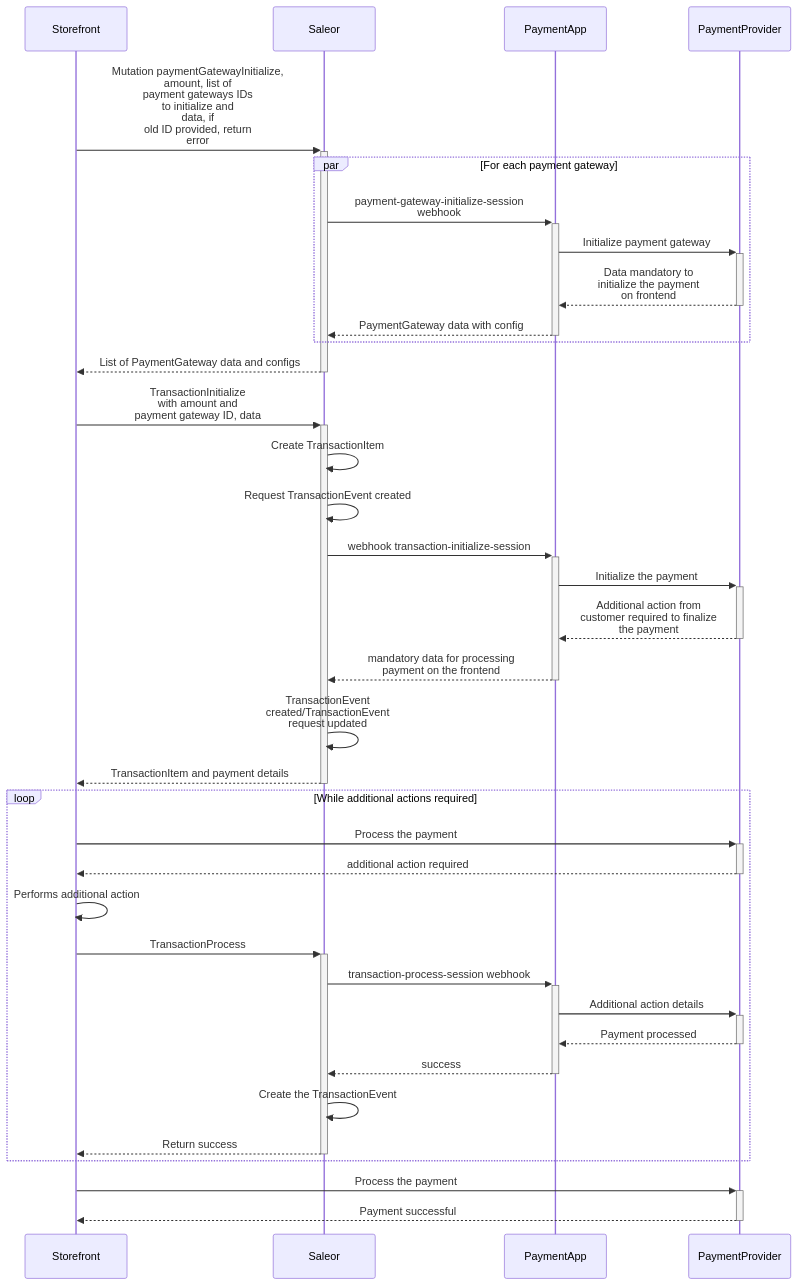
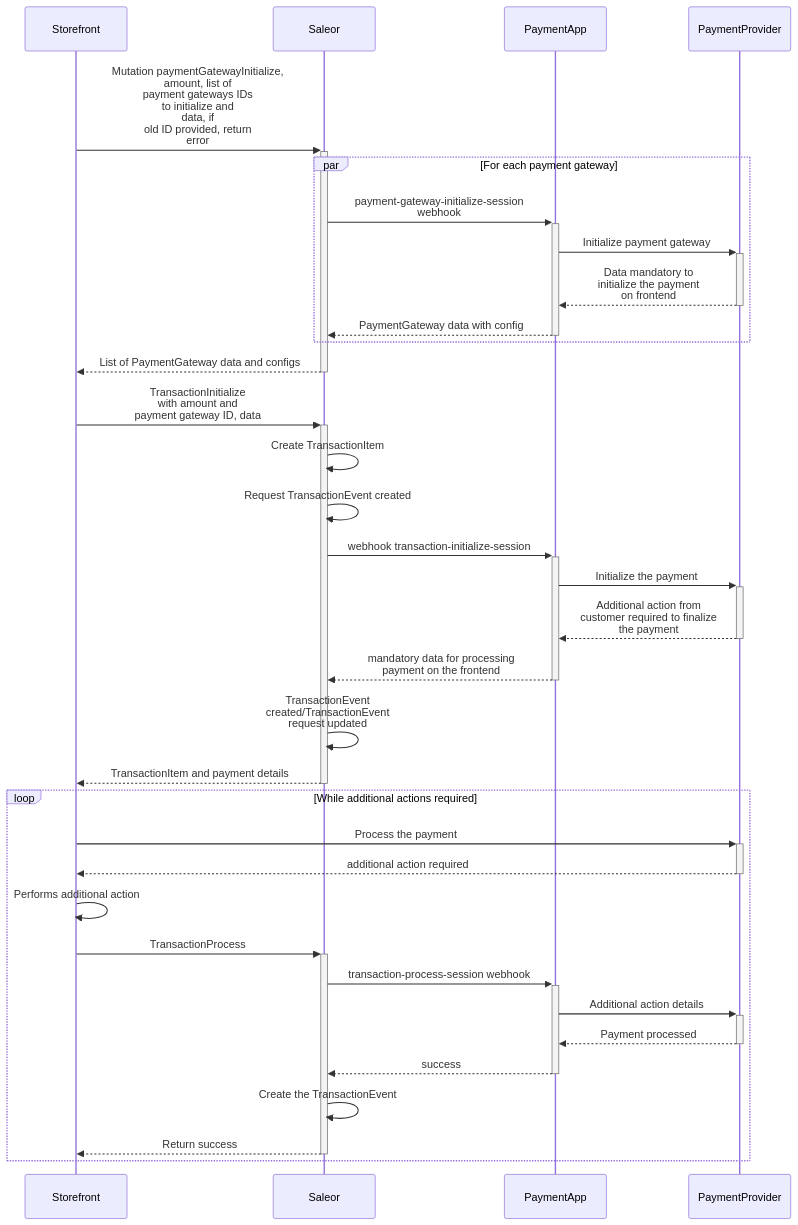
One commit to saleor/saleor-docs changed the diagram in docs/developer/payments/payment-apps.mdx. Above: the diagram before and after it, drawn with Mermaid.

Commit message:
Fix mermaid diagram step that didn't made sense

````diff
--- a/docs/developer/payments/payment-apps.mdx
+++ b/docs/developer/payments/payment-apps.mdx
@@ -24,34 +24,32 @@
 ```mermaid
 sequenceDiagram
   Storefront ->>+ Saleor: Mutation paymentGatewayInitialize,<br>amount, list of<br>payment gateways IDs<br>to initialize and <br>data, if<br>old ID provided, return<br>error
   par For each payment gateway
     Saleor ->>+ PaymentApp: payment-gateway-initialize-session<br>webhook
     PaymentApp ->>+ PaymentProvider: Initialize payment gateway
     PaymentProvider -->>- PaymentApp: Data mandatory to<br>initialize the payment<br>on frontend
     PaymentApp -->>- Saleor: PaymentGateway data with config
   end
   Saleor -->>- Storefront: List of PaymentGateway data and configs
   Storefront ->>+ Saleor: TransactionInitialize<br> with amount and<br>payment gateway ID, data
   Saleor ->> Saleor: Create TransactionItem
   Saleor ->> Saleor: Request TransactionEvent created
   Saleor ->>+ PaymentApp: webhook transaction-initialize-session
   PaymentApp ->>+ PaymentProvider: Initialize the payment
   PaymentProvider -->>- PaymentApp: Additional action from<br>customer required to finalize<br>the payment
   PaymentApp -->>- Saleor: mandatory data for processing<br>payment on the frontend
   Saleor ->> Saleor: TransactionEvent <br>created/TransactionEvent<br>request updated
   Saleor -->>- Storefront: TransactionItem and payment details
   loop While additional actions required
     Storefront ->>+ PaymentProvider: Process the payment
     PaymentProvider -->>- Storefront: additional action required
     Storefront ->> Storefront: Performs additional action
     Storefront ->>+ Saleor: TransactionProcess
     Saleor ->>+ PaymentApp: transaction-process-session webhook
     PaymentApp ->>+ PaymentProvider: Additional action details
     PaymentProvider -->>- PaymentApp: Payment processed
     PaymentApp -->>- Saleor: success
     Saleor ->> Saleor: Create the TransactionEvent
     Saleor -->>- Storefront: Return success
   end
-  Storefront ->>+ PaymentProvider: Process the payment
-  PaymentProvider -->>- Storefront: Payment successful
 ```
````
